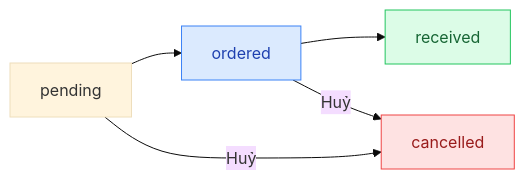
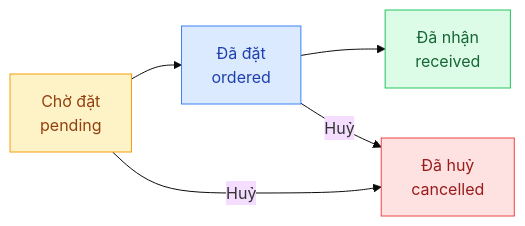
Before and after one commit to tiemtaphoakorea/tiemtaphoakorea: the diagram in docs/guide/manager/supplier-orders.mdx, drawn with Mermaid (base theme). The commit also changed other lines of this file and 48 other files, not shown here.

````diff
--- a/docs/guide/manager/supplier-orders.mdx
+++ b/docs/guide/manager/supplier-orders.mdx
@@ -16,9 +16,11 @@
 ```mermaid
 flowchart LR
-    A[pending] --> B[ordered] --> C[received]
-    A & B -->|Huỷ| D[cancelled]
+    A["Chờ đặt<br/>pending"] --> B["Đã đặt<br/>ordered"]
+    B --> C["Đã nhận<br/>received"]
+    A & B -->|Huỷ| D["Đã huỷ<br/>cancelled"]
 
+    style A fill:#fef3c7,stroke:#f59e0b,color:#92400e
+    style B fill:#dbeafe,stroke:#3b82f6,color:#1e40af
+    style C fill:#dcfce7,stroke:#22c55e,color:#166534
     style D fill:#fee2e2,stroke:#ef4444,color:#991b1b
-    style C fill:#dcfce7,stroke:#22c55e,color:#166534
-    style B fill:#dbeafe,stroke:#3b82f6,color:#1e40af
 ```
````
